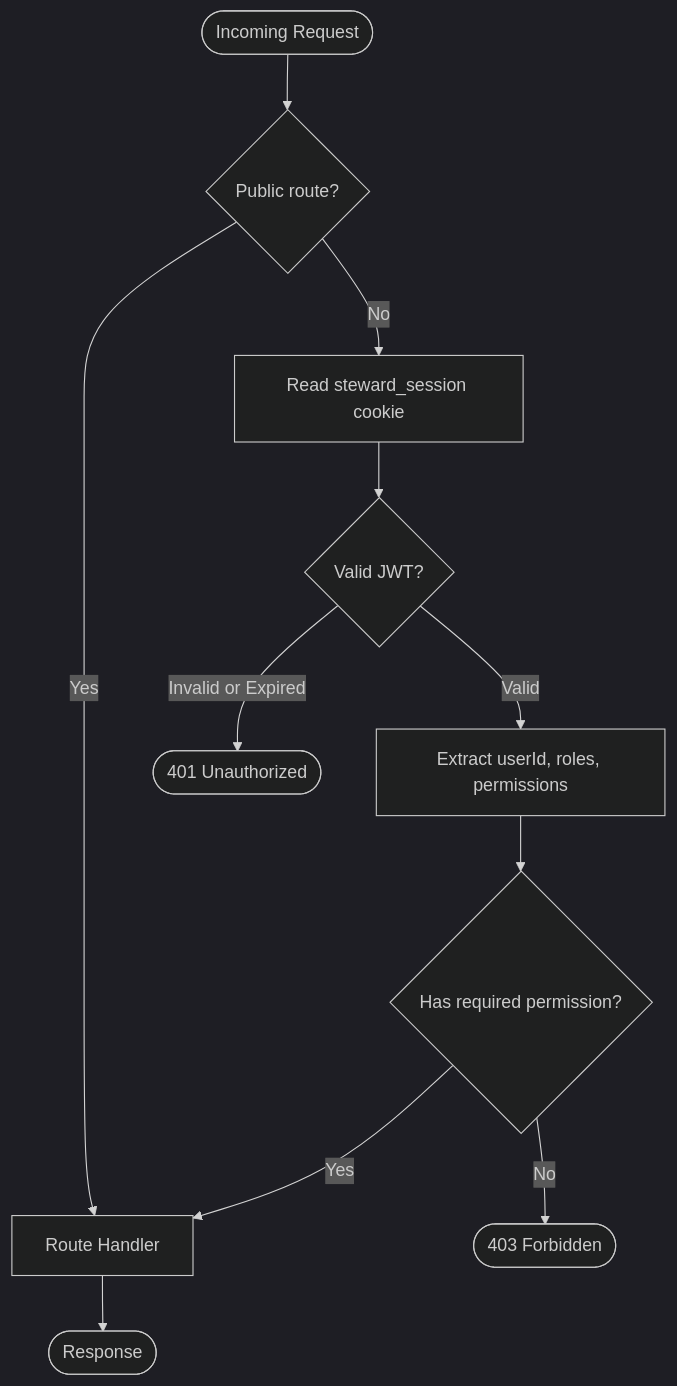
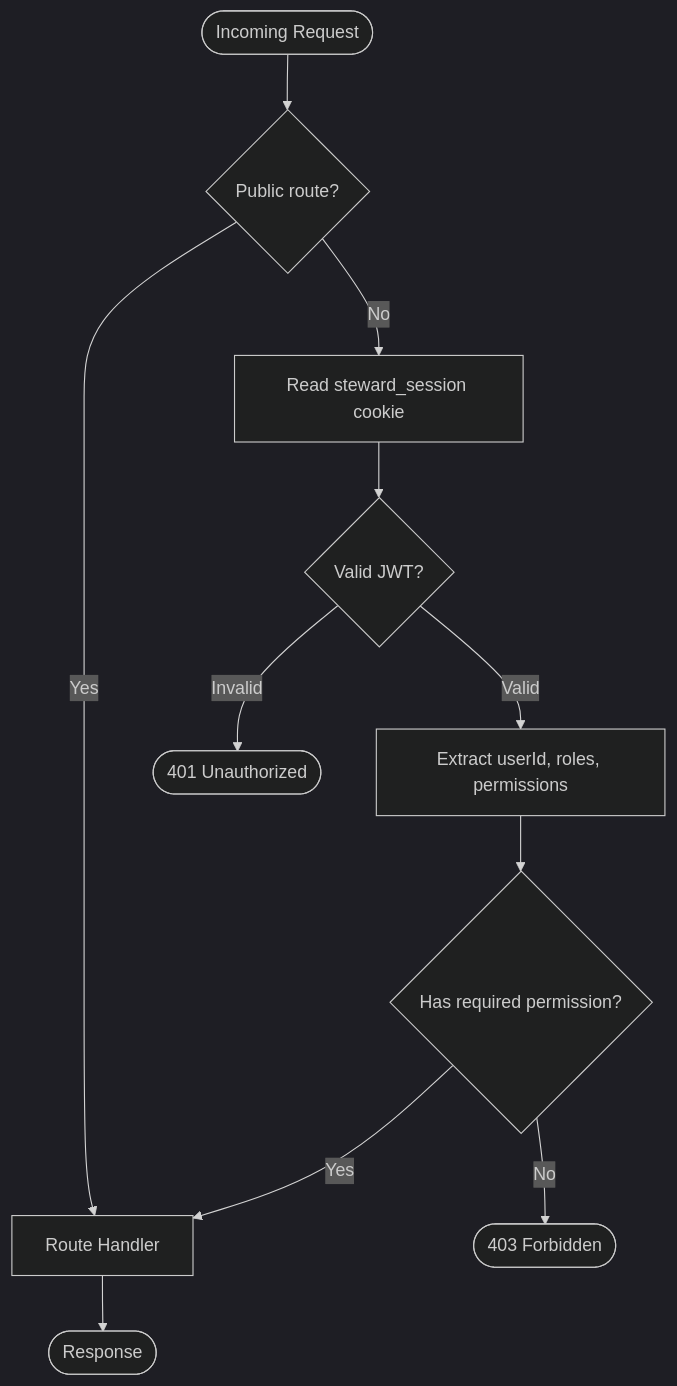
One commit to 24Skater/StewardChMS changed the fifth of 7 diagrams in README.md. Above: the diagram before and after it, drawn with Mermaid (dark theme). The commit also changed other lines of this file and 22 other files, not shown here.

````diff
--- a/README.md
+++ b/README.md
@@ -476,21 +439,21 @@
 ```mermaid
 flowchart TD
     Request([Incoming Request])
     IsPublic{Public route?}
     ReadCookie[Read steward_session cookie]
     VerifyJWT{Valid JWT?}
     ExtractClaims[Extract userId, roles, permissions]
     CheckPerm{Has required permission?}
     Handle[Route Handler]
 
     Request --> IsPublic
     IsPublic -->|Yes| Handle
     IsPublic -->|No| ReadCookie
     ReadCookie --> VerifyJWT
-    VerifyJWT -->|Invalid or Expired| R401([401 Unauthorized])
+    VerifyJWT -->|Invalid| R401([401 Unauthorized])
     VerifyJWT -->|Valid| ExtractClaims
     ExtractClaims --> CheckPerm
     CheckPerm -->|No| R403([403 Forbidden])
     CheckPerm -->|Yes| Handle
     Handle --> Response([Response])
 ```
````
